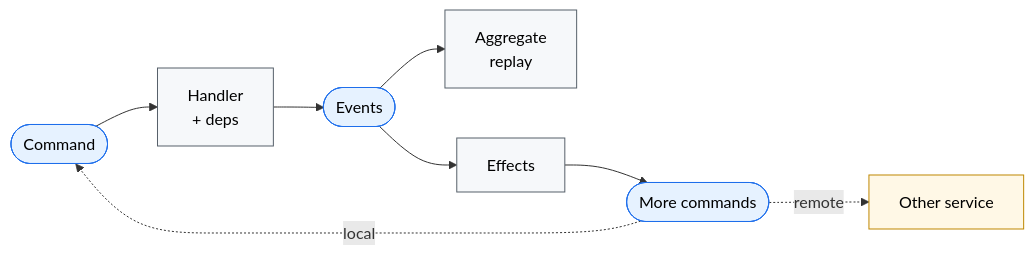
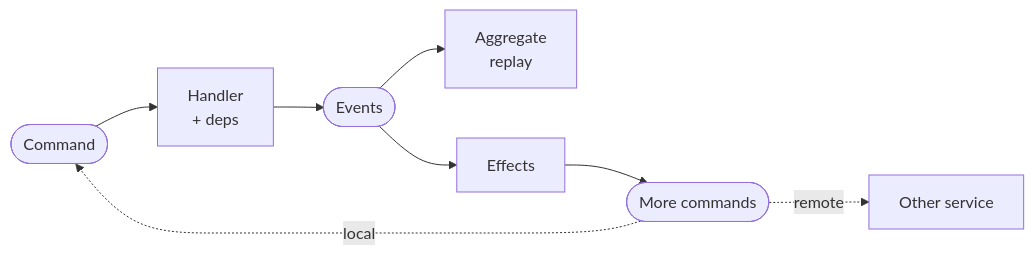
Before and after one commit to alpha-prosoft/edd-java: the first of 4 diagrams in README.md, drawn with Mermaid. The commit also changed other lines of this file and 7 other files, not shown here.

````diff
--- a/README.md
+++ b/README.md
@@ -7,24 +7,17 @@
 ```mermaid
 flowchart LR
     Cmd([Command])
     H[Handler<br/>+ deps]
     Evt([Events])
     Agg[Aggregate<br/>replay]
     FX[Effects]
     Cmd2([More commands])
     Other[Other service]
 
     Cmd --> H --> Evt
     Evt --> Agg
     Evt --> FX
     FX --> Cmd2
     Cmd2 -. local .-> Cmd
     Cmd2 -. remote .-> Other
-
-    classDef record fill:#e6f2ff,stroke:#1f6feb,color:#000
-    classDef logic fill:#f6f8fa,stroke:#57606a,color:#000
-    classDef ext fill:#fff8e6,stroke:#bf8700,color:#000
-    class Cmd,Evt,Cmd2 record
-    class H,Agg,FX logic
-    class Other ext
 ```
````
